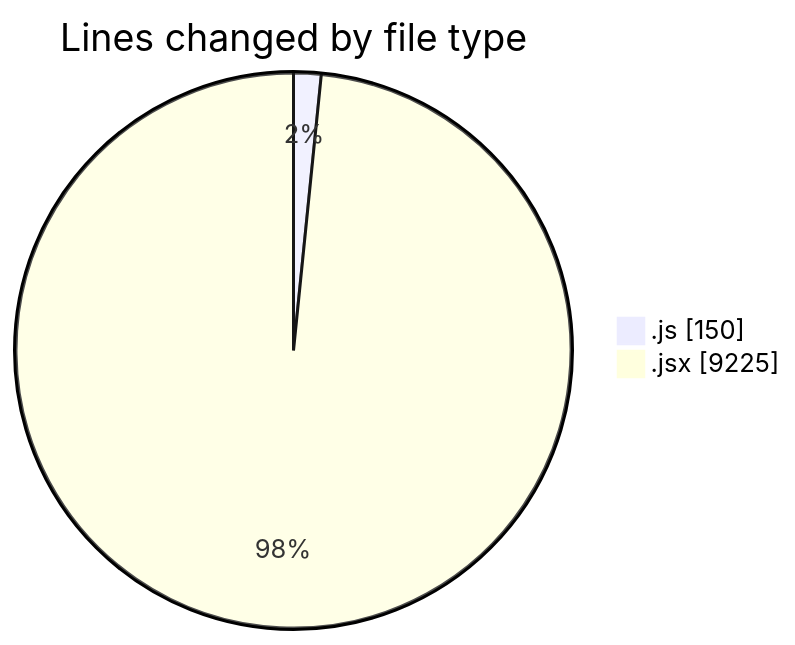
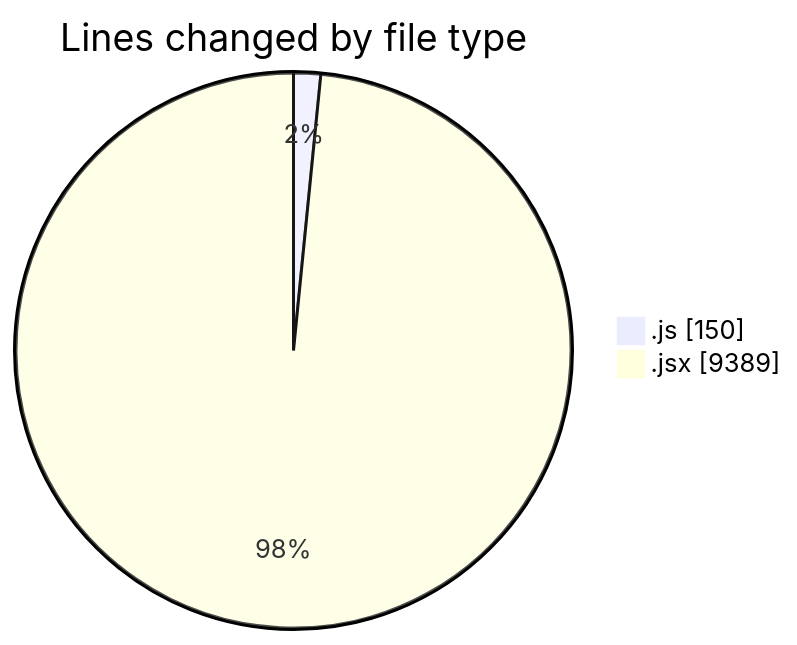
Before and after one commit to nxtqubesakshisongat/code-tracking: the first of 2 diagrams in 2025-07-28/nxtqube_webapp/README.md, drawn with Mermaid. The commit also changed other lines of this file and 1 other file, not shown here.

````diff
--- a/2025-07-28/nxtqube_webapp/README.md
+++ b/2025-07-28/nxtqube_webapp/README.md
@@ -42,6 +43,6 @@
 ```mermaid
 pie showData
 title Lines changed by file type
 ".js" : 150
-".jsx" : 9225
+".jsx" : 9389
 ```
````
